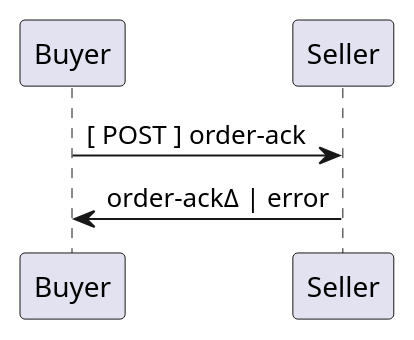
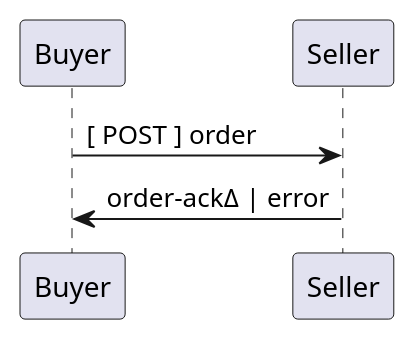
Before and after one commit to EciStg/order-placement: the diagram in order-ack/order-ack.org, drawn with PlantUML. The commit also changed other lines of this file and 31 other files, not shown here.

Commit message:
copyright changes, order : fixed sequence diagram

```diff
--- a/order-ack/order-ack.org
+++ b/order-ack/order-ack.org
@@ -25,6 +25,6 @@
 #+BEGIN_SRC plantuml :file ../images/order-ack-sequence.puml.png :exports results
 @startuml order-ack-sequence.png
-Buyer -> Seller: [ POST ] order-ack
+Buyer -> Seller: [ POST ] order
 Seller -> Buyer: order-ack<U+0394> | error
 @enduml
 #+END_SRC
```
